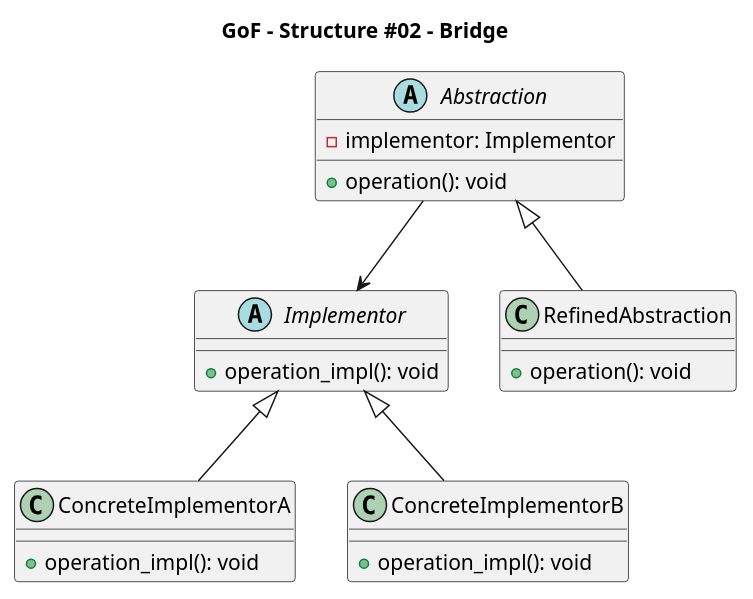
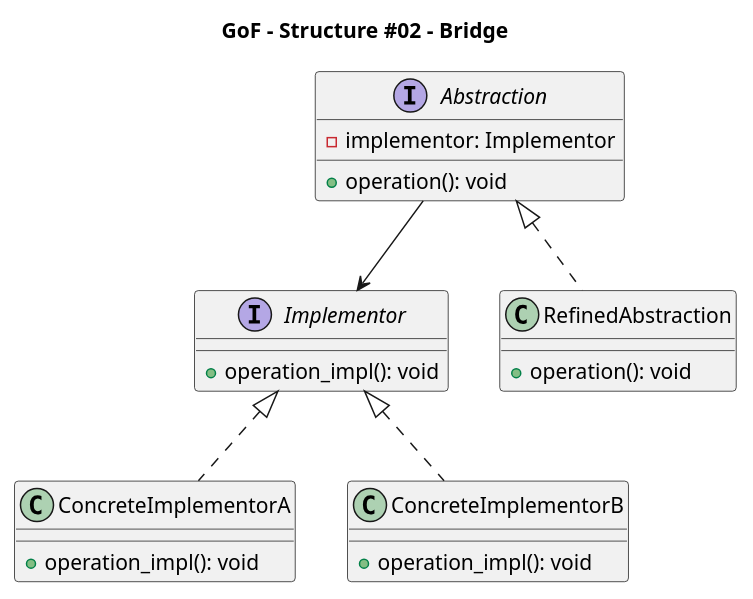
One commit to Takayoshi-Matsuyama/design_patterns changed the diagram in GoF/GoF_st02_bridge.puml. Above: the diagram before and after it, drawn with PlantUML. The commit also changed 12 other files, not shown here.

Commit message:
GoF - abstract class --> interface

```diff
--- a/GoF/GoF_st02_bridge.puml
+++ b/GoF/GoF_st02_bridge.puml
@@ -1,31 +1,31 @@
 @startuml gof_bridge
 title GoF - Structure #02 - Bridge
 
-abstract class Implementor {
+interface Implementor {
     +operation_impl(): void
 }
 
 class ConcreteImplementorA {
     +operation_impl(): void
 }
 
 class ConcreteImplementorB {
     +operation_impl(): void
 }
 
-Implementor <|-- ConcreteImplementorA
-Implementor <|-- ConcreteImplementorB
+Implementor <|.. ConcreteImplementorA
+Implementor <|.. ConcreteImplementorB
 
-abstract class Abstraction {
+interface Abstraction {
     -implementor: Implementor
     +operation(): void
 }
 
 class RefinedAbstraction {
     +operation(): void
 }
 
-Abstraction <|-- RefinedAbstraction
+Abstraction <|.. RefinedAbstraction
 
 Abstraction --> Implementor
 @enduml
```
